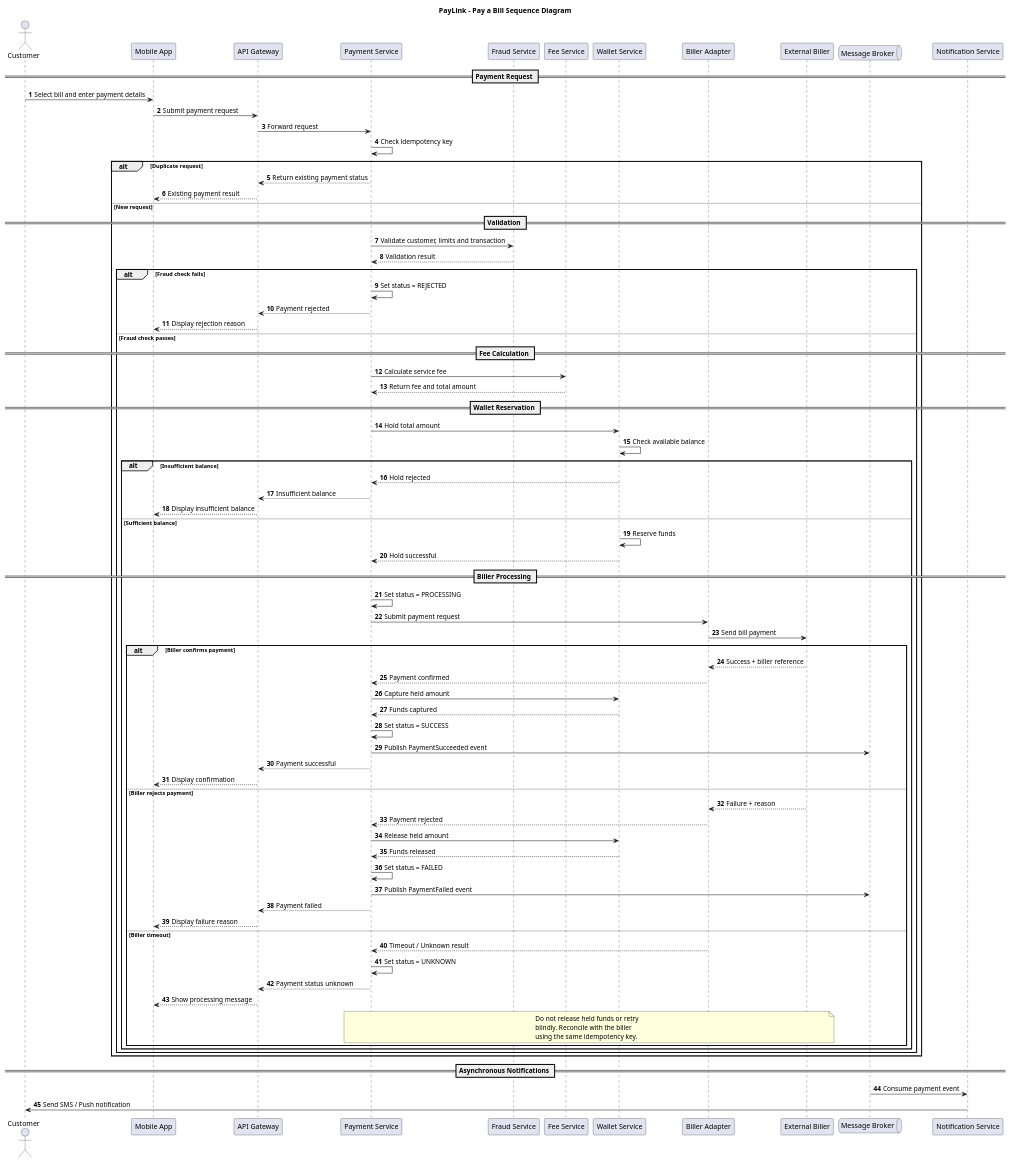
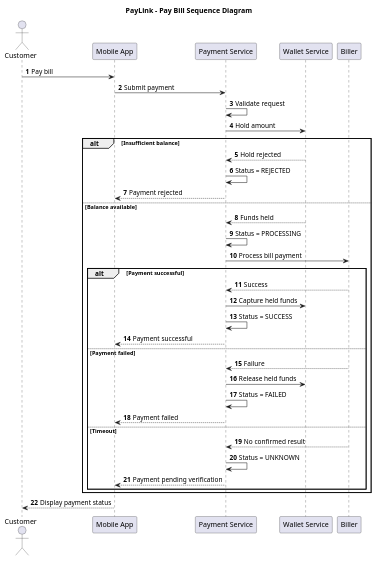
Before and after one commit to nourdeiaa/PayLink: the diagram in docs/design/pay-bill-sequence.puml, drawn with PlantUML. The commit also changed other lines of this file, not shown here.

Commit message:
Update pay bill sequence diagram

```diff
--- a/docs/design/pay-bill-sequence.puml
+++ b/docs/design/pay-bill-sequence.puml
@@ -2,116 +1,50 @@
 @startuml
-title PayLink - Pay a Bill Sequence Diagram
+title PayLink - Pay Bill Sequence Diagram
 
 autonumber
 
 actor Customer
 participant "Mobile App" as App
-participant "API Gateway" as Gateway
 participant "Payment Service" as Payment
-participant "Fraud Service" as Fraud
-participant "Fee Service" as Fee
 participant "Wallet Service" as Wallet
-participant "Biller Adapter" as Adapter
-participant "External Biller" as Biller
-queue "Message Broker" as Broker
-participant "Notification Service" as Notification
+participant "Biller" as Biller
 
-== Payment Request ==
+Customer -> App: Pay bill
+App -> Payment: Submit payment
 
-Customer -> App: Select bill and enter payment details
-App -> Gateway: Submit payment request
-Gateway -> Payment: Forward request
+Payment -> Payment: Validate request
+Payment -> Wallet: Hold amount
 
-Payment -> Payment: Check idempotency key
+alt Insufficient balance
+    Wallet --> Payment: Hold rejected
+    Payment -> Payment: Status = REJECTED
+    Payment --> App: Payment rejected
 
-alt Duplicate request
-    Payment --> Gateway: Return existing payment status
-    Gateway --> App: Existing payment result
-else New request
+else Balance available
+    Wallet --> Payment: Funds held
+    Payment -> Payment: Status = PROCESSING
 
-    == Validation ==
+    Payment -> Biller: Process bill payment
 
-    Payment -> Fraud: Validate customer, limits and transaction
-    Fraud --> Payment: Validation result
+    alt Payment successful
+        Biller --> Payment: Success
+        Payment -> Wallet: Capture held funds
+        Payment -> Payment: Status = SUCCESS
+        Payment --> App: Payment successful
 
-    alt Fraud check fails
-        Payment -> Payment: Set status = REJECTED
-        Payment --> Gateway: Payment rejected
-        Gateway --> App: Display rejection reason
+    else Payment failed
+        Biller --> Payment: Failure
+        Payment -> Wallet: Release held funds
+        Payment -> Payment: Status = FAILED
+        Payment --> App: Payment failed
 
-    else Fraud check passes
-
-        == Fee Calculation ==
-
-        Payment -> Fee: Calculate service fee
-        Fee --> Payment: Return fee and total amount
-
-        == Wallet Reservation ==
-
-        Payment -> Wallet: Hold total amount
-        Wallet -> Wallet: Check available balance
-
-        alt Insufficient balance
-            Wallet --> Payment: Hold rejected
-            Payment --> Gateway: Insufficient balance
-            Gateway --> App: Display insufficient balance
-
-        else Sufficient balance
-            Wallet -> Wallet: Reserve funds
-            Wallet --> Payment: Hold successful
-
-            == Biller Processing ==
-
-            Payment -> Payment: Set status = PROCESSING
-            Payment -> Adapter: Submit payment request
-            Adapter -> Biller: Send bill payment
-
-            alt Biller confirms payment
-                Biller --> Adapter: Success + biller reference
-                Adapter --> Payment: Payment confirmed
-
-                Payment -> Wallet: Capture held amount
-                Wallet --> Payment: Funds captured
-
-                Payment -> Payment: Set status = SUCCESS
-                Payment -> Broker: Publish PaymentSucceeded event
-
-                Payment --> Gateway: Payment successful
-                Gateway --> App: Display confirmation
-
-            else Biller rejects payment
-                Biller --> Adapter: Failure + reason
-                Adapter --> Payment: Payment rejected
-
-                Payment -> Wallet: Release held amount
-                Wallet --> Payment: Funds released
-
-                Payment -> Payment: Set status = FAILED
-                Payment -> Broker: Publish PaymentFailed event
-
-                Payment --> Gateway: Payment failed
-                Gateway --> App: Display failure reason
-
-            else Biller timeout
-                Adapter --> Payment: Timeout / Unknown result
-
-                Payment -> Payment: Set status = UNKNOWN
-                Payment --> Gateway: Payment status unknown
-                Gateway --> App: Show processing message
-
-                note over Payment, Biller
-                  Do not release held funds or retry
-                  blindly. Reconcile with the biller
-                  using the same idempotency key.
-                end note
-            end
-        end
+    else Timeout
+        Biller --> Payment: No confirmed result
+        Payment -> Payment: Status = UNKNOWN
+        Payment --> App: Payment pending verification
     end
 end
 
-== Asynchronous Notifications ==
-
-Broker -> Notification: Consume payment event
-Notification -> Customer: Send SMS / Push notification
+App --> Customer: Display payment status
 
 @enduml
```
